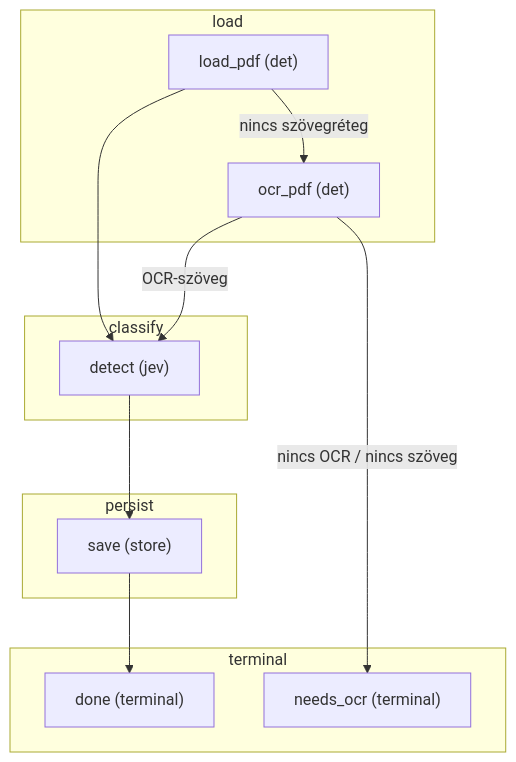
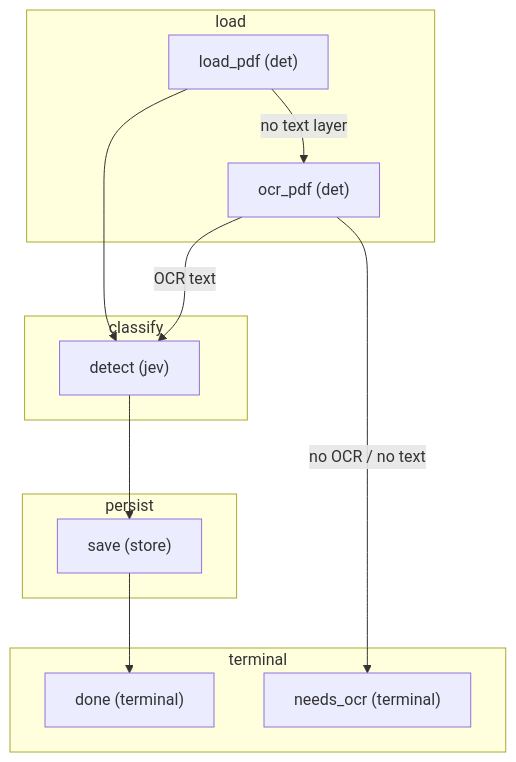
One commit to kassaiattila/58_JEV_AI changed the diagram in docs/flows/doc_detect/FLOW.mmd. Above: the diagram before and after it, drawn with Mermaid. The commit also changed 120 other files, not shown here.

```diff
--- a/docs/flows/doc_detect/FLOW.mmd
+++ b/docs/flows/doc_detect/FLOW.mmd
@@ -1,21 +1,21 @@
 flowchart TD
   subgraph ph_load["load"]
     load_pdf["load_pdf (det)"]
     ocr_pdf["ocr_pdf (det)"]
   end
   subgraph ph_classify["classify"]
     detect["detect (jev)"]
   end
   subgraph ph_persist["persist"]
     save["save (store)"]
   end
   subgraph ph_terminal["terminal"]
     done["done (terminal)"]
     needs_ocr["needs_ocr (terminal)"]
   end
-  load_pdf -->|nincs szövegréteg| ocr_pdf
+  load_pdf -->|no text layer| ocr_pdf
   load_pdf --> detect
-  ocr_pdf -->|nincs OCR / nincs szöveg| needs_ocr
-  ocr_pdf -->|OCR-szöveg| detect
+  ocr_pdf -->|no OCR / no text| needs_ocr
+  ocr_pdf -->|OCR text| detect
   detect --> save
   save --> done
```
